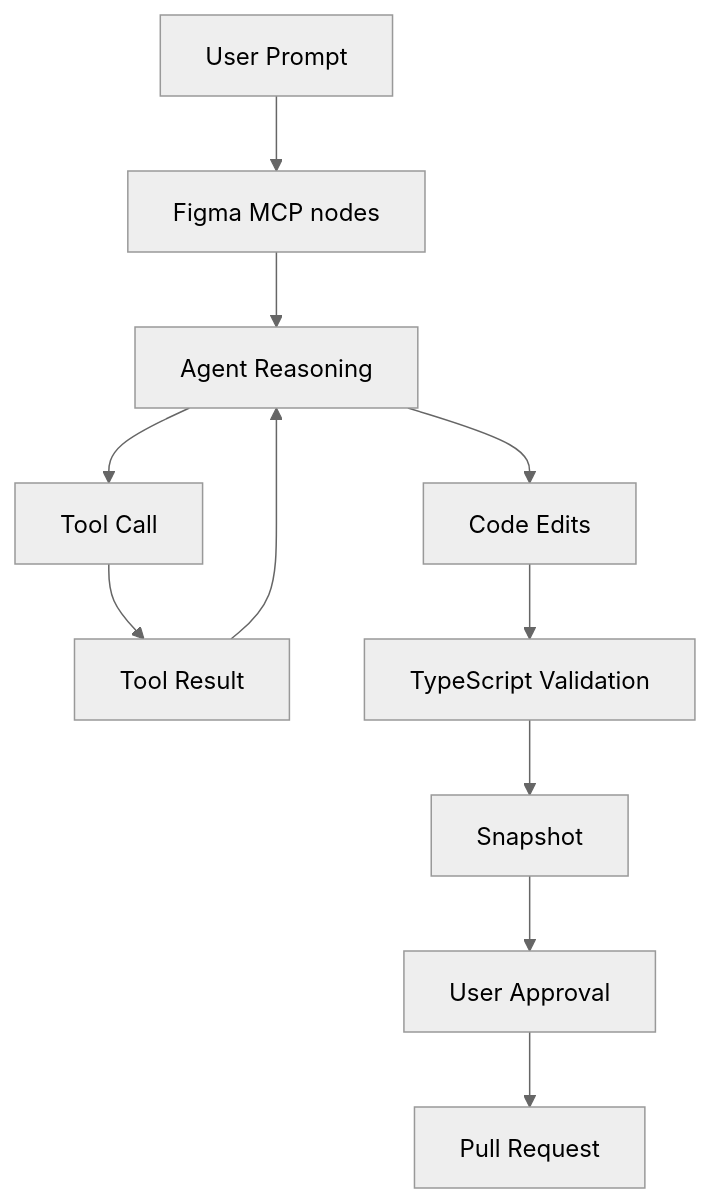
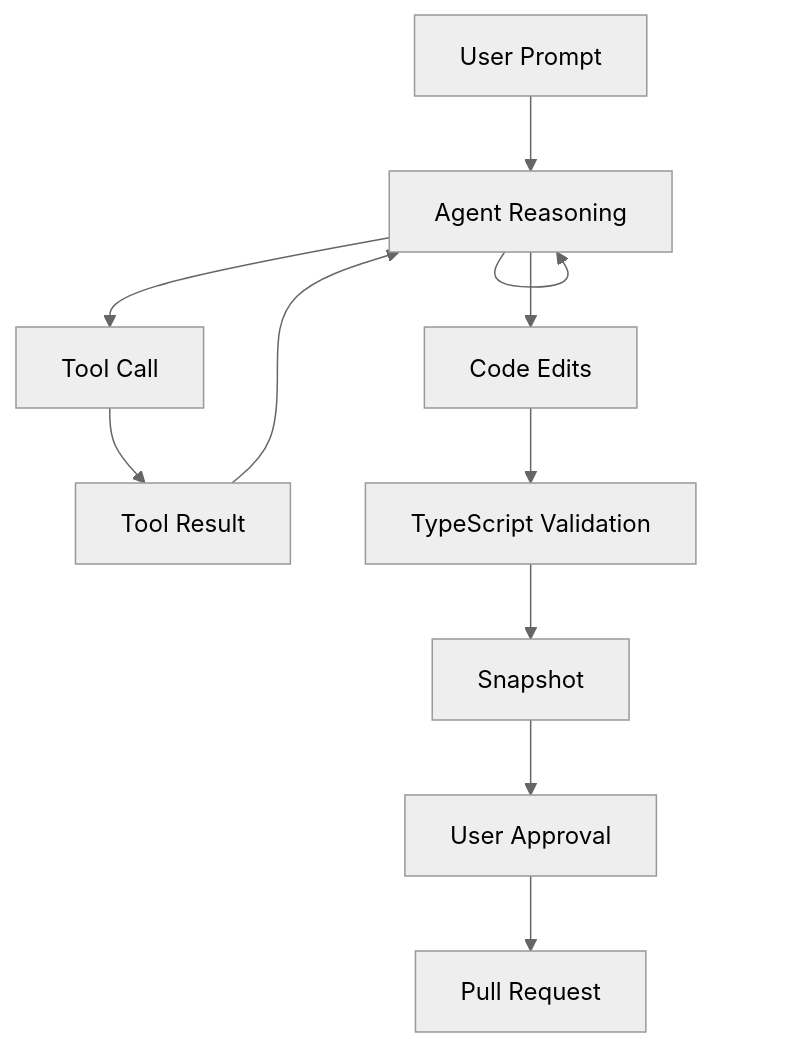
The second of 4 diagrams in README.md (omarcarrascoo/UNITY-SERVER), drawn with Mermaid (neutral theme) before and after one commit. The commit also changed other lines of this file, not shown here.

Commit message:
Update README title and agent workflow diagram
Removed 'Jarvis' from the title and corrected the workflow diagram.

````diff
--- a/README.md
+++ b/README.md
@@ -199,12 +199,12 @@
 ```mermaid
 flowchart TD
-    P[User Prompt] --> F[Figma MCP nodes] --> R[Agent Reasoning]
+    P[User Prompt] --> R[Figma MCP nodes] --> R[Agent Reasoning]
     R --> T[Tool Call]
     T --> C[Tool Result]
     C --> R
     R --> E[Code Edits]
     E --> V[TypeScript Validation]
     V --> S[Snapshot]
     S --> U[User Approval]
     U --> PR[Pull Request]
 ```
````
